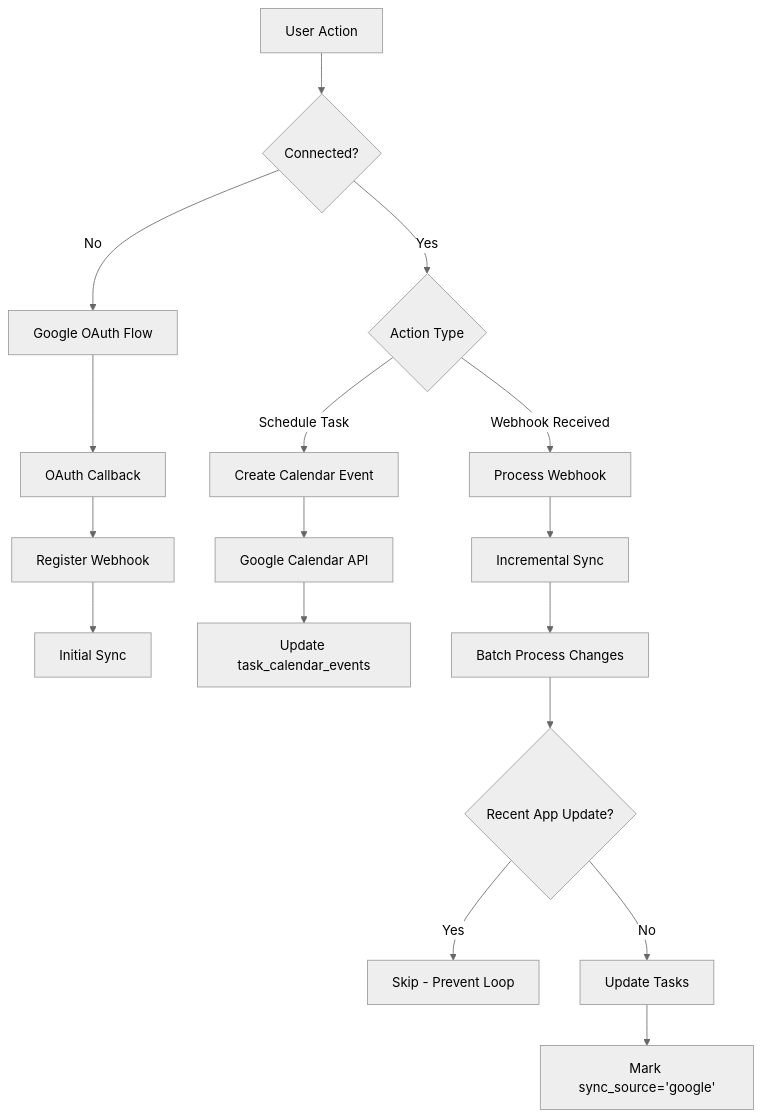
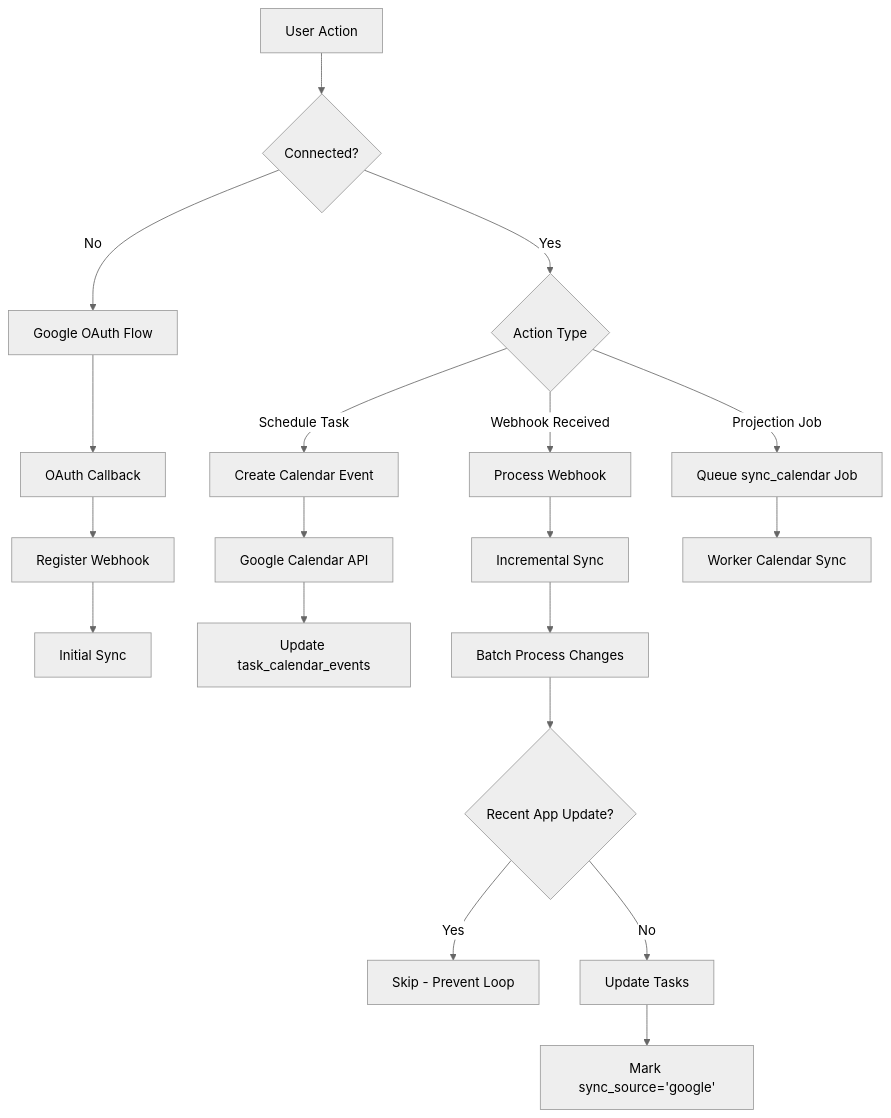
Before and after one commit to Wolverine971/buildos-platform: the sixth of 10 diagrams in docs/architecture/diagrams/WEB-WORKER-ARCHITECTURE.md, drawn with Mermaid (neutral theme). The commit also changed other lines of this file and 100 other files, not shown here.

````diff
--- a/docs/architecture/diagrams/WEB-WORKER-ARCHITECTURE.md
+++ b/docs/architecture/diagrams/WEB-WORKER-ARCHITECTURE.md
@@ -271,24 +283,26 @@
 ```mermaid
 flowchart TD
     START[User Action] --> OAUTH{Connected?}
     OAUTH -->|No| AUTH[Google OAuth Flow]
     AUTH --> CALLBACK[OAuth Callback]
     CALLBACK --> WEBHOOK[Register Webhook]
     WEBHOOK --> SYNC[Initial Sync]
 
     OAUTH -->|Yes| ACTION{Action Type}
 
     ACTION -->|Schedule Task| CREATE[Create Calendar Event]
     CREATE --> GCAL[Google Calendar API]
     GCAL --> UPDATE_DB[Update task_calendar_events]
 
     ACTION -->|Webhook Received| PROCESS[Process Webhook]
     PROCESS --> INCREMENTAL[Incremental Sync]
     INCREMENTAL --> BATCH[Batch Process Changes]
     BATCH --> LOOP_CHECK{Recent App Update?}
 
     LOOP_CHECK -->|Yes| SKIP[Skip - Prevent Loop]
     LOOP_CHECK -->|No| UPDATE_TASKS[Update Tasks]
 
     UPDATE_TASKS --> MARK[Mark sync_source='google']
+    ACTION -->|Projection Job| QUEUE_SYNC[Queue sync_calendar Job]
+    QUEUE_SYNC --> WORKER_SYNC[Worker Calendar Sync]
 ```
````
